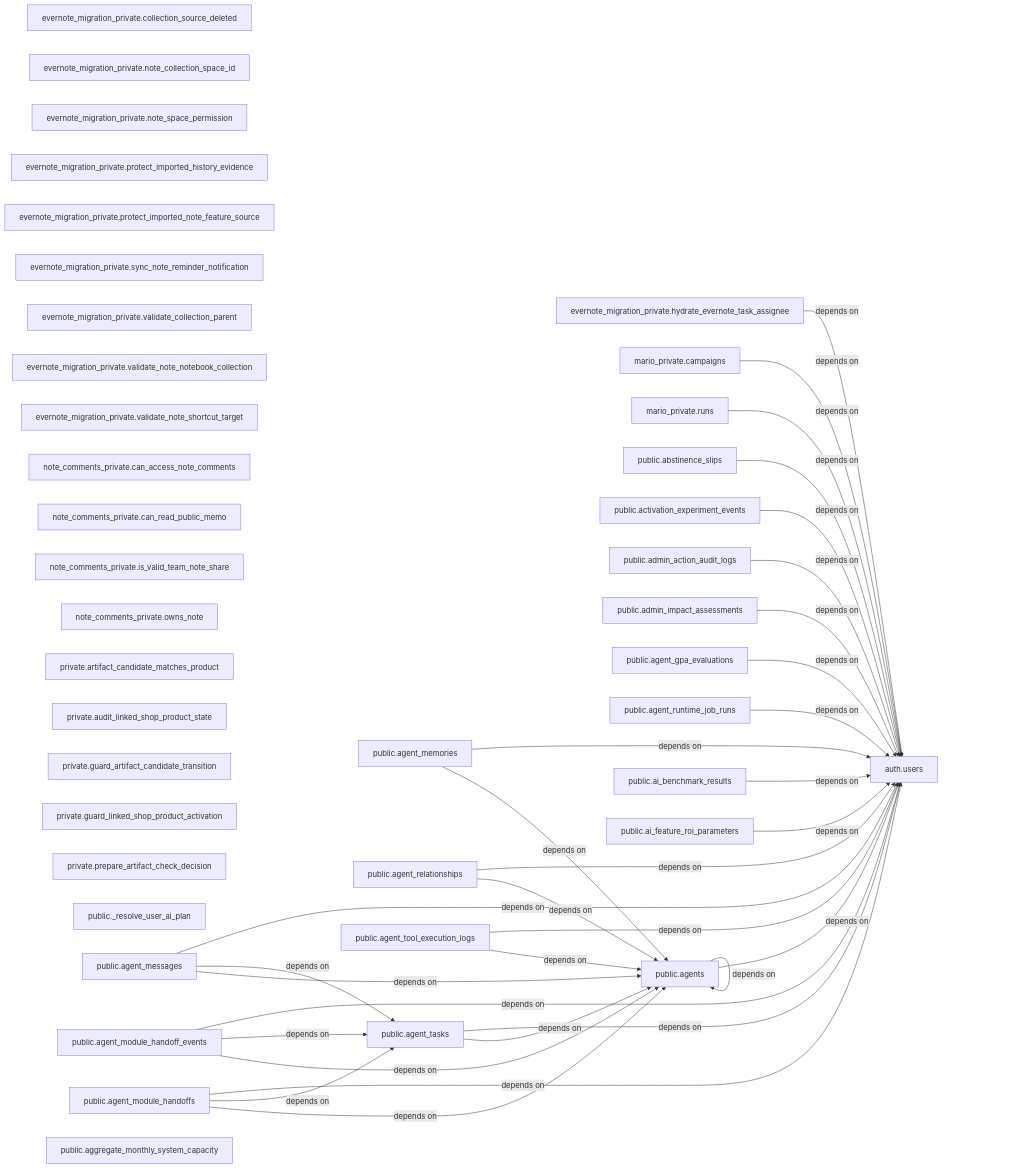
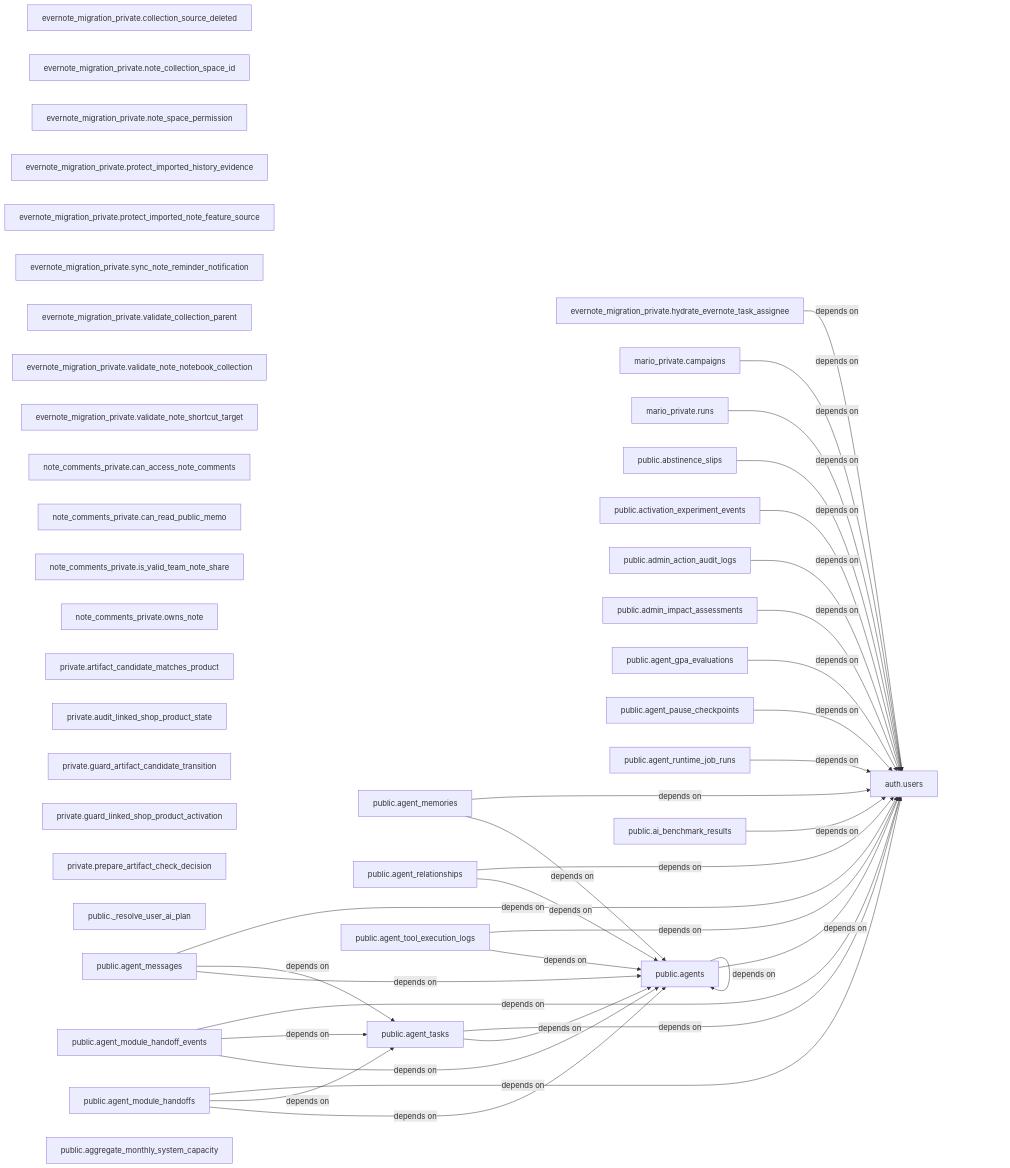
Before and after one commit to kanta13jp1/my_web_app: the second of 2 diagrams in docs/generated/INFRASTRUCTURE_MAP.md, drawn with Mermaid. The commit also changed other lines of this file and 10 other files, not shown here.

````diff
--- a/docs/generated/INFRASTRUCTURE_MAP.md
+++ b/docs/generated/INFRASTRUCTURE_MAP.md
@@ -25,73 +25,73 @@
 ```mermaid
 flowchart LR
   r_83903ee32b["auth.users"]
   r_d88f3b84ca["evernote_migration_private.collection_source_deleted"]
   r_73c4f41def["evernote_migration_private.hydrate_evernote_task_assignee"]
   r_ffb672200f["evernote_migration_private.note_collection_space_id"]
   r_769d2844f9["evernote_migration_private.note_space_permission"]
   r_c5d14536e4["evernote_migration_private.protect_imported_history_evidence"]
   r_61ee01a06e["evernote_migration_private.protect_imported_note_feature_source"]
   r_39663d015d["evernote_migration_private.sync_note_reminder_notification"]
   r_cb340cb8d0["evernote_migration_private.validate_collection_parent"]
   r_83b4367884["evernote_migration_private.validate_note_notebook_collection"]
   r_cf19f1c46f["evernote_migration_private.validate_note_shortcut_target"]
   r_ac500aabc1["mario_private.campaigns"]
   r_c3130a4a16["mario_private.runs"]
   r_6bb9d6715b["note_comments_private.can_access_note_comments"]
   r_925c771fa1["note_comments_private.can_read_public_memo"]
   r_5eb21972d5["note_comments_private.is_valid_team_note_share"]
   r_e8169db4ad["note_comments_private.owns_note"]
   r_8191971c00["private.artifact_candidate_matches_product"]
   r_e1862b1f50["private.audit_linked_shop_product_state"]
   r_5a323ff113["private.guard_artifact_candidate_transition"]
   r_f6277383c4["private.guard_linked_shop_product_activation"]
   r_c5201230ed["private.prepare_artifact_check_decision"]
   r_09591299f9["public._resolve_user_ai_plan"]
   r_329fe13cab["public.abstinence_slips"]
   r_baad80ddc1["public.activation_experiment_events"]
   r_1a31a32345["public.admin_action_audit_logs"]
   r_5f70eb8b05["public.admin_impact_assessments"]
   r_fbcd5fc165["public.agent_gpa_evaluations"]
   r_7673212bd8["public.agent_memories"]
   r_75122649e6["public.agent_messages"]
   r_033868af7f["public.agent_module_handoff_events"]
   r_999827be17["public.agent_module_handoffs"]
+  r_04bc1e32d4["public.agent_pause_checkpoints"]
   r_d87b4e9d5a["public.agent_relationships"]
   r_ad4057e3a0["public.agent_runtime_job_runs"]
   r_07696a89a7["public.agent_tasks"]
   r_e4fc606bbb["public.agent_tool_execution_logs"]
   r_b7636f3dcb["public.agents"]
   r_0bb7f8efc2["public.aggregate_monthly_system_capacity"]
   r_e4bcb02f47["public.ai_benchmark_results"]
-  r_1381217d4c["public.ai_feature_roi_parameters"]
   r_73c4f41def -->|depends on| r_83903ee32b
   r_ac500aabc1 -->|depends on| r_83903ee32b
   r_c3130a4a16 -->|depends on| r_83903ee32b
   r_329fe13cab -->|depends on| r_83903ee32b
   r_baad80ddc1 -->|depends on| r_83903ee32b
   r_1a31a32345 -->|depends on| r_83903ee32b
   r_5f70eb8b05 -->|depends on| r_83903ee32b
   r_fbcd5fc165 -->|depends on| r_83903ee32b
   r_7673212bd8 -->|depends on| r_83903ee32b
   r_7673212bd8 -->|depends on| r_b7636f3dcb
   r_75122649e6 -->|depends on| r_83903ee32b
   r_75122649e6 -->|depends on| r_07696a89a7
   r_75122649e6 -->|depends on| r_b7636f3dcb
   r_033868af7f -->|depends on| r_83903ee32b
   r_033868af7f -->|depends on| r_07696a89a7
   r_033868af7f -->|depends on| r_b7636f3dcb
   r_999827be17 -->|depends on| r_83903ee32b
   r_999827be17 -->|depends on| r_07696a89a7
   r_999827be17 -->|depends on| r_b7636f3dcb
+  r_04bc1e32d4 -->|depends on| r_83903ee32b
   r_d87b4e9d5a -->|depends on| r_83903ee32b
   r_d87b4e9d5a -->|depends on| r_b7636f3dcb
   r_ad4057e3a0 -->|depends on| r_83903ee32b
   r_07696a89a7 -->|depends on| r_83903ee32b
   r_07696a89a7 -->|depends on| r_b7636f3dcb
   r_e4fc606bbb -->|depends on| r_83903ee32b
   r_e4fc606bbb -->|depends on| r_b7636f3dcb
   r_b7636f3dcb -->|depends on| r_83903ee32b
   r_b7636f3dcb -->|depends on| r_b7636f3dcb
   r_e4bcb02f47 -->|depends on| r_83903ee32b
-  r_1381217d4c -->|depends on| r_83903ee32b
 ```
````
